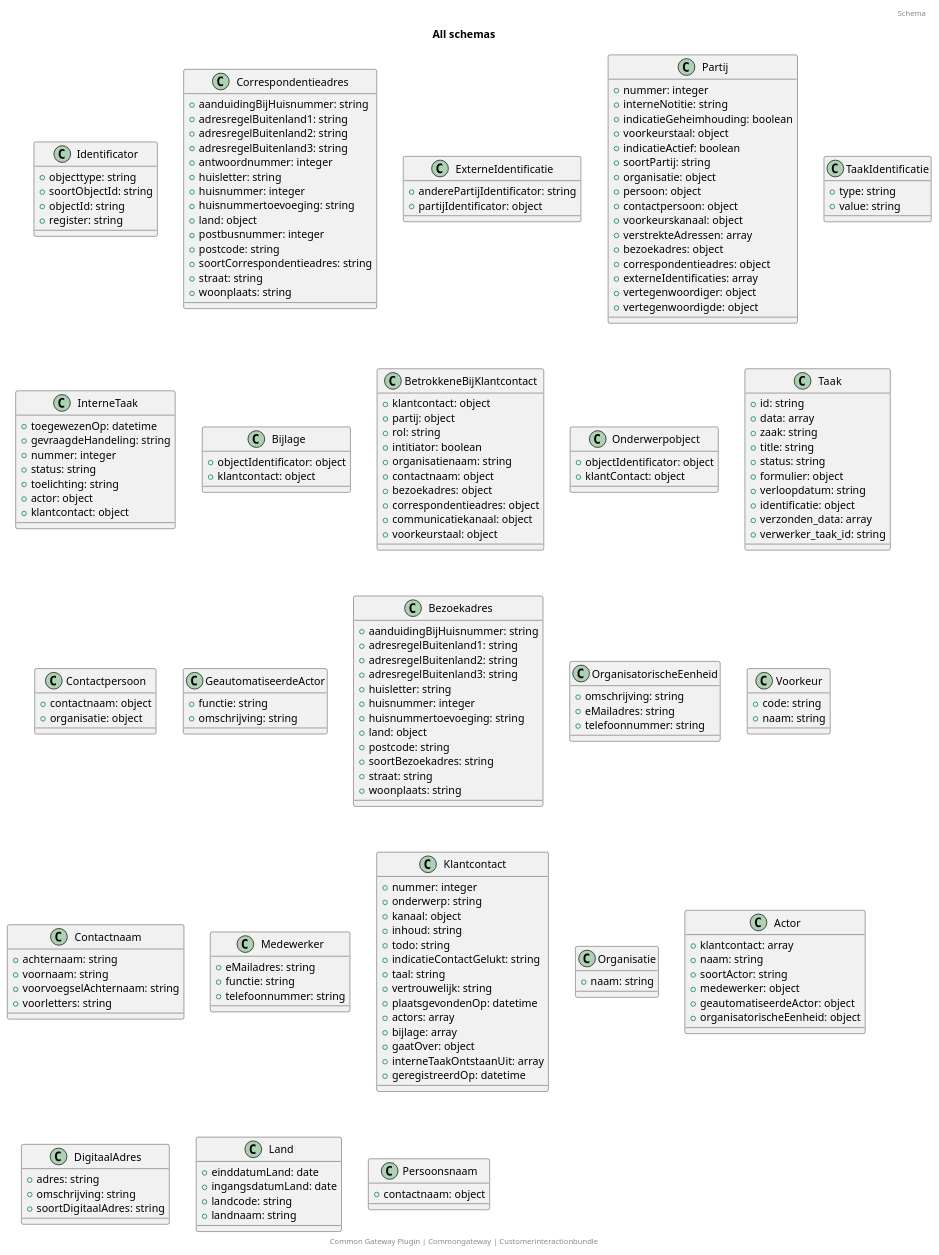
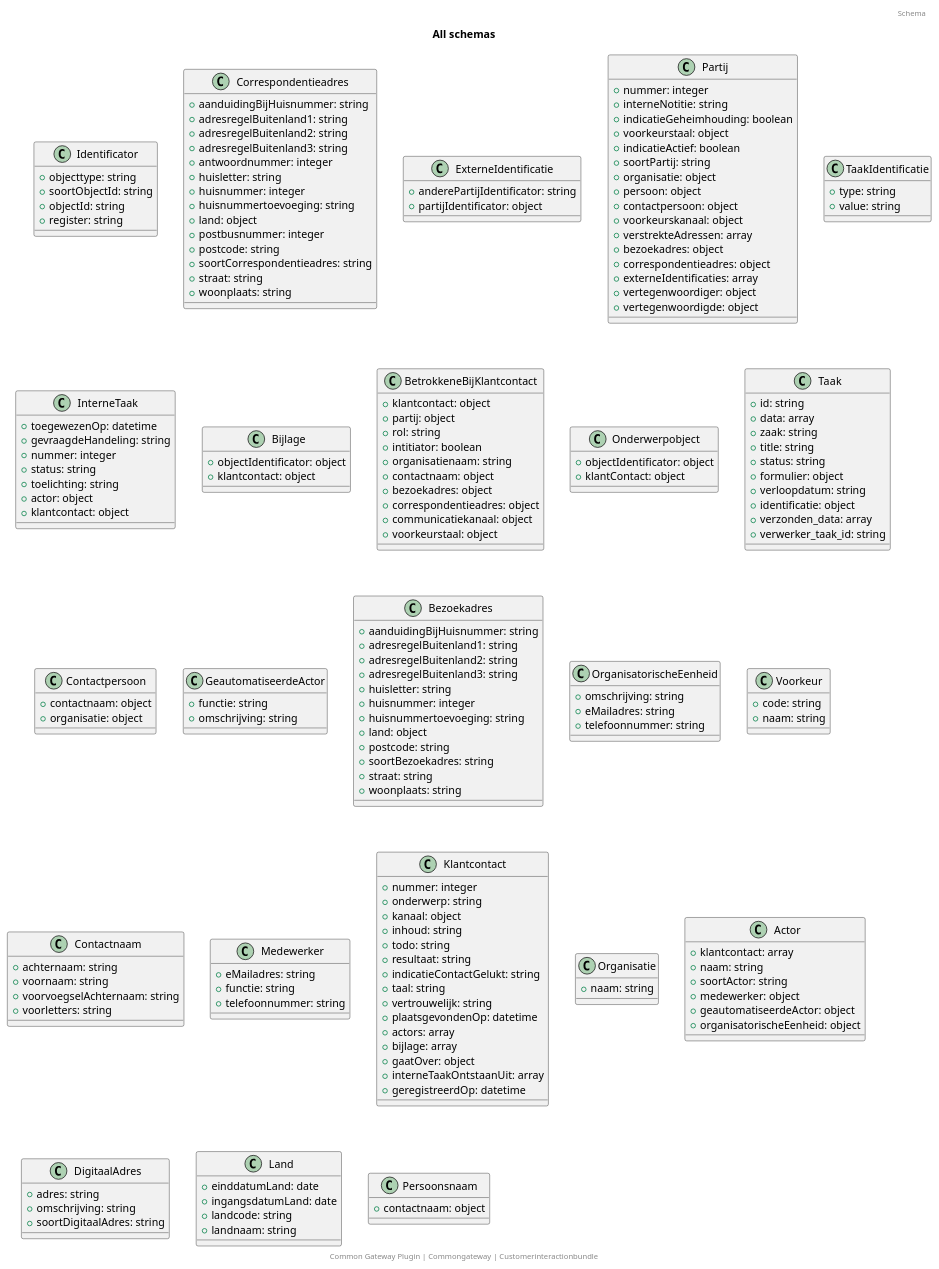
The diagram in docs/schema/all_schema_classes.puml (CommonGateway/CustomerInteractionBundle), drawn with PlantUML before and after one commit. The commit also changed 2 other files, not shown here.

```diff
--- a/docs/schema/all_schema_classes.puml
+++ b/docs/schema/all_schema_classes.puml
@@ -1,177 +1,178 @@
 @startuml
 title: All schemas
 footer: Common Gateway Plugin | Commongateway | Customerinteractionbundle 
 header: Schema
 class Identificator {
   + objecttype: string
   + soortObjectId: string
   + objectId: string
   + register: string
 }
 class Correspondentieadres {
   + aanduidingBijHuisnummer: string
   + adresregelBuitenland1: string
   + adresregelBuitenland2: string
   + adresregelBuitenland3: string
   + antwoordnummer: integer
   + huisletter: string
   + huisnummer: integer
   + huisnummertoevoeging: string
   + land: object
   + postbusnummer: integer
   + postcode: string
   + soortCorrespondentieadres: string
   + straat: string
   + woonplaats: string
 }
 class ExterneIdentificatie {
   + anderePartijIdentificator: string
   + partijIdentificator: object
 }
 class Partij {
   + nummer: integer
   + interneNotitie: string
   + indicatieGeheimhouding: boolean
   + voorkeurstaal: object
   + indicatieActief: boolean
   + soortPartij: string
   + organisatie: object
   + persoon: object
   + contactpersoon: object
   + voorkeurskanaal: object
   + verstrekteAdressen: array
   + bezoekadres: object
   + correspondentieadres: object
   + externeIdentificaties: array
   + vertegenwoordiger: object
   + vertegenwoordigde: object
 }
 class TaakIdentificatie {
   + type: string
   + value: string
 }
 class InterneTaak {
   + toegewezenOp: datetime
   + gevraagdeHandeling: string
   + nummer: integer
   + status: string
   + toelichting: string
   + actor: object
   + klantcontact: object
 }
 class Bijlage {
   + objectIdentificator: object
   + klantcontact: object
 }
 class BetrokkeneBijKlantcontact {
   + klantcontact: object
   + partij: object
   + rol: string
   + intitiator: boolean
   + organisatienaam: string
   + contactnaam: object
   + bezoekadres: object
   + correspondentieadres: object
   + communicatiekanaal: object
   + voorkeurstaal: object
 }
 class Onderwerpobject {
   + objectIdentificator: object
   + klantContact: object
 }
 class Taak {
   + id: string
   + data: array
   + zaak: string
   + title: string
   + status: string
   + formulier: object
   + verloopdatum: string
   + identificatie: object
   + verzonden_data: array
   + verwerker_taak_id: string
 }
 class Contactpersoon {
   + contactnaam: object
   + organisatie: object
 }
 class GeautomatiseerdeActor {
   + functie: string
   + omschrijving: string
 }
 class Bezoekadres {
   + aanduidingBijHuisnummer: string
   + adresregelBuitenland1: string
   + adresregelBuitenland2: string
   + adresregelBuitenland3: string
   + huisletter: string
   + huisnummer: integer
   + huisnummertoevoeging: string
   + land: object
   + postcode: string
   + soortBezoekadres: string
   + straat: string
   + woonplaats: string
 }
 class OrganisatorischeEenheid {
   + omschrijving: string
   + eMailadres: string
   + telefoonnummer: string
 }
 class Voorkeur {
   + code: string
   + naam: string
 }
 class Contactnaam {
   + achternaam: string
   + voornaam: string
   + voorvoegselAchternaam: string
   + voorletters: string
 }
 class Medewerker {
   + eMailadres: string
   + functie: string
   + telefoonnummer: string
 }
 class Klantcontact {
   + nummer: integer
   + onderwerp: string
   + kanaal: object
   + inhoud: string
   + todo: string
+  + resultaat: string
   + indicatieContactGelukt: string
   + taal: string
   + vertrouwelijk: string
   + plaatsgevondenOp: datetime
   + actors: array
   + bijlage: array
   + gaatOver: object
   + interneTaakOntstaanUit: array
   + geregistreerdOp: datetime
 }
 class Organisatie {
   + naam: string
 }
 class Actor {
   + klantcontact: array
   + naam: string
   + soortActor: string
   + medewerker: object
   + geautomatiseerdeActor: object
   + organisatorischeEenheid: object
 }
 class DigitaalAdres {
   + adres: string
   + omschrijving: string
   + soortDigitaalAdres: string
 }
 class Land {
   + einddatumLand: date
   + ingangsdatumLand: date
   + landcode: string
   + landnaam: string
 }
 class Persoonsnaam {
   + contactnaam: object
 }
 @enduml
```
